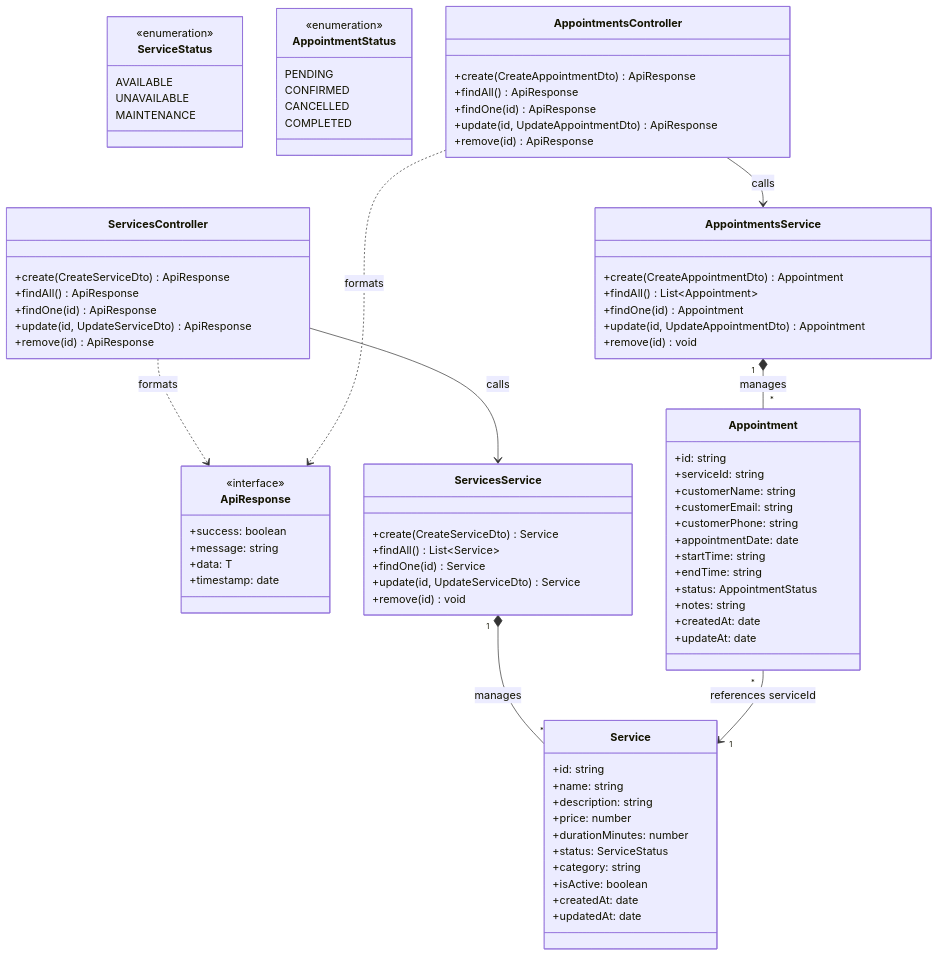
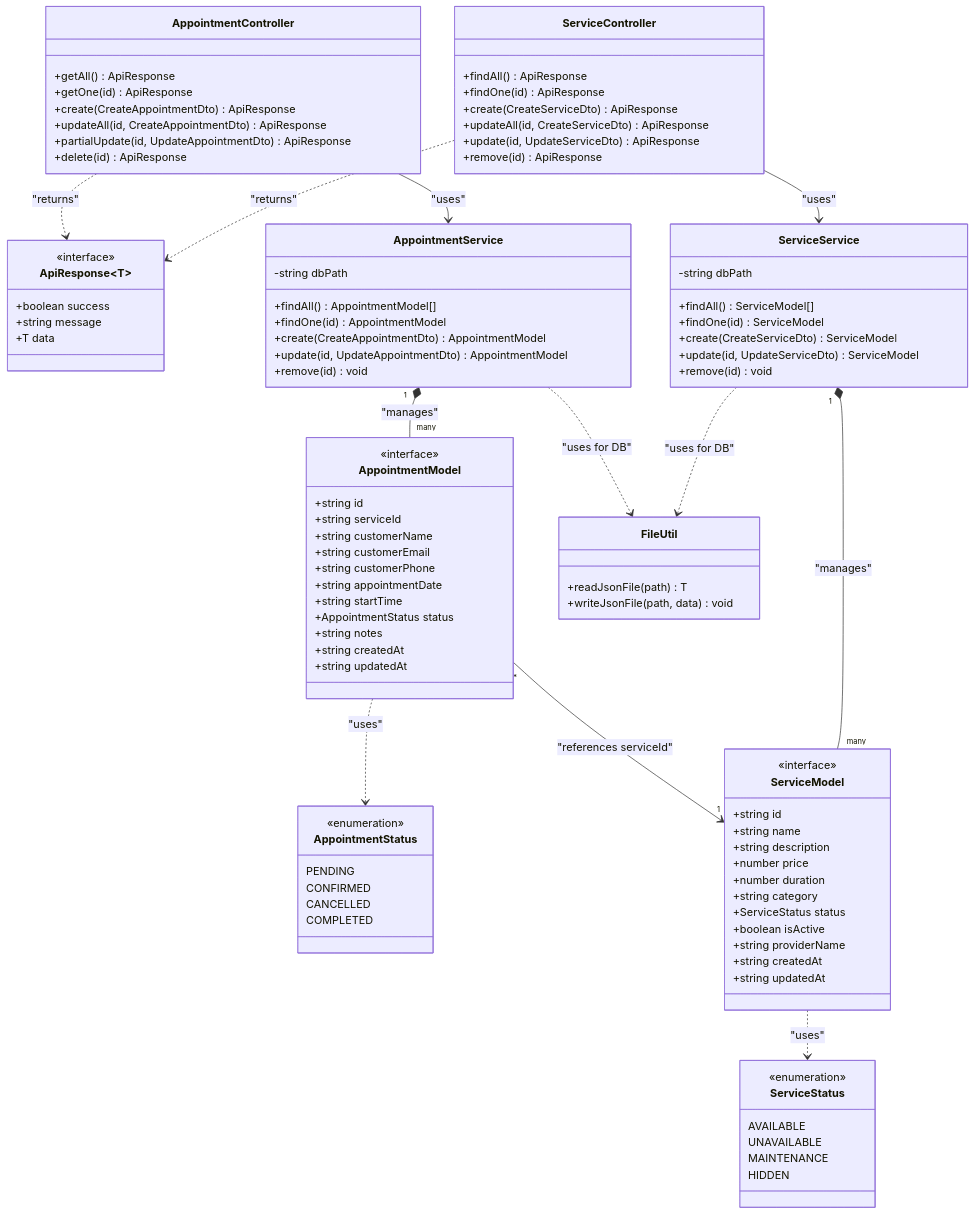
One commit to srnTone/oop-typescript-final-project-2026 changed the diagram in docs/UML_Diagram.md. Above: the diagram before and after it, drawn with Mermaid. The commit also changed 1 other file, not shown here.

Commit message:
UML update

````diff
--- a/docs/UML_Diagram.md
+++ b/docs/UML_Diagram.md
@@ -1,13 +1,12 @@
-``` mermaid
+```mermaid
 classDiagram
     direction TB
 
-    class ApiResponse {
+    class ApiResponse~T~ {
         <<interface>>
-        +success: boolean
-        +message: string
-        +data: T
-        +timestamp: date
+        +boolean success
+        +string message
+        +T data
     }
 
     class ServiceStatus {
@@ -15,6 +14,7 @@
         AVAILABLE
         UNAVAILABLE
         MAINTENANCE
+        HIDDEN
     }
 
     class AppointmentStatus {
@@ -25,74 +25,92 @@
         COMPLETED
     }
 
-    class Service {
-        +id: string
-        +name: string
-        +description: string
-        +price: number
-        +durationMinutes: number
-        +status: ServiceStatus 
-        +category: string
-        +isActive: boolean
-        +createdAt: date
-        +updatedAt: date
+    class ServiceModel {
+        <<interface>>
+        +string id
+        +string name
+        +string description
+        +number price
+        +number duration
+        +string category
+        +ServiceStatus status
+        +boolean isActive
+        +string providerName
+        +string createdAt
+        +string updatedAt
     }
 
-    class Appointment {
-        +id: string
-        +serviceId: string
-        +customerName: string
-        +customerEmail: string
-        +customerPhone: string
-        +appointmentDate: date
-        +startTime: string
-        +endTime: string
-        +status: AppointmentStatus 
-        +notes: string
-        +createdAt: date
-        +updateAt: date 
+    class AppointmentModel {
+        <<interface>>
+        +string id
+        +string serviceId
+        +string customerName
+        +string customerEmail
+        +string customerPhone
+        +string appointmentDate
+        +string startTime
+        +AppointmentStatus status
+        +string notes
+        +string createdAt
+        +string updatedAt
     }
 
-    class ServicesController {
-        +create(CreateServiceDto) ApiResponse
+    class ServiceController {
         +findAll() ApiResponse
         +findOne(id) ApiResponse
+        +create(CreateServiceDto) ApiResponse
+        +updateAll(id, CreateServiceDto) ApiResponse
         +update(id, UpdateServiceDto) ApiResponse
         +remove(id) ApiResponse
     }
 
-    class AppointmentsController {
+    class AppointmentController {
+        +getAll() ApiResponse
+        +getOne(id) ApiResponse
         +create(CreateAppointmentDto) ApiResponse
-        +findAll() ApiResponse
-        +findOne(id) ApiResponse
-        +update(id, UpdateAppointmentDto) ApiResponse
-        +remove(id) ApiResponse
+        +updateAll(id, CreateAppointmentDto) ApiResponse
+        +partialUpdate(id, UpdateAppointmentDto) ApiResponse
+        +delete(id) ApiResponse
     }
 
-    class ServicesService {
-        +create(CreateServiceDto) Service
-        +findAll() List~Service~
-        +findOne(id) Service
-        +update(id, UpdateServiceDto) Service
+    class ServiceService {
+        -string dbPath
+        +findAll() ServiceModel[]
+        +findOne(id) ServiceModel
+        +create(CreateServiceDto) ServiceModel
+        +update(id, UpdateServiceDto) ServiceModel
         +remove(id) void
     }
 
-    class AppointmentsService {
-        +create(CreateAppointmentDto) Appointment
-        +findAll() List~Appointment~
-        +findOne(id) Appointment
-        +update(id, UpdateAppointmentDto) Appointment
+    class AppointmentService {
+        -string dbPath
+        +findAll() AppointmentModel[]
+        +findOne(id) AppointmentModel
+        +create(CreateAppointmentDto) AppointmentModel
+        +update(id, UpdateAppointmentDto) AppointmentModel
         +remove(id) void
     }
 
-    ServicesController --> ServicesService : calls
-    AppointmentsController --> AppointmentsService : calls
+    class FileUtil {
+        +readJsonFile(path) T
+        +writeJsonFile(path, data) void
+    }
+
+    %% Relationships
+    ServiceController --> ServiceService : "uses"
+    AppointmentController --> AppointmentService : "uses"
     
-    ServicesService "1" *-- "*" Service : manages
-    AppointmentsService "1" *-- "*" Appointment : manages
+    ServiceService ..> FileUtil : "uses for DB"
+    AppointmentService ..> FileUtil : "uses for DB"
     
-    Appointment "*" --> "1" Service : references serviceId
+    ServiceService "1" *-- "many" ServiceModel : "manages"
+    AppointmentService "1" *-- "many" AppointmentModel : "manages"
     
-    ServicesController ..> ApiResponse : formats
-    AppointmentsController ..> ApiResponse : formats
+    AppointmentModel "*" --> "1" ServiceModel : "references serviceId"
+    
+    ServiceModel ..> ServiceStatus : "uses"
+    AppointmentModel ..> AppointmentStatus : "uses"
+    
+    ServiceController ..> ApiResponse : "returns"
+    AppointmentController ..> ApiResponse : "returns"
 ```
````
